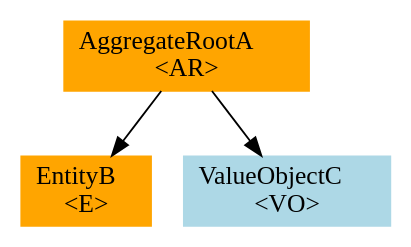
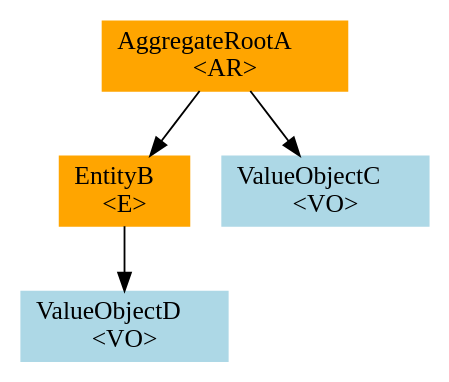
One commit to newlee/tequila changed the diagram in examples/step1-problem.dot. Above: the diagram before and after it, drawn with Graphviz. The commit also changed 5 other files, not shown here.

```diff
--- a/examples/step1-problem.dot
+++ b/examples/step1-problem.dot
@@ -1,9 +1,11 @@
 digraph g {
 	node[style = filled, color = orange];
 
-	AggregateRootA[label="AggregateRootA\l<AR>", shape=box]
-	EntityB[label="EntityB\l<E>", shape=box]
-	ValueObjectC[label="ValueObjectC\l<VO>", shape=box, color=lightblue]
+	AggregateRootA[label="AggregateRootA\l<AR>", comment=AR, shape=box]
+	EntityB[label="EntityB\l<E>", comment=E, shape=box]
+	ValueObjectC[label="ValueObjectC\l<VO>", comment=VO, shape=box, color=lightblue]
+	ValueObjectD[label="ValueObjectD\l<VO>", comment=VO, shape=box, color=lightblue]
 	AggregateRootA -> EntityB
 	AggregateRootA -> ValueObjectC
+	EntityB -> ValueObjectD
 }
```
